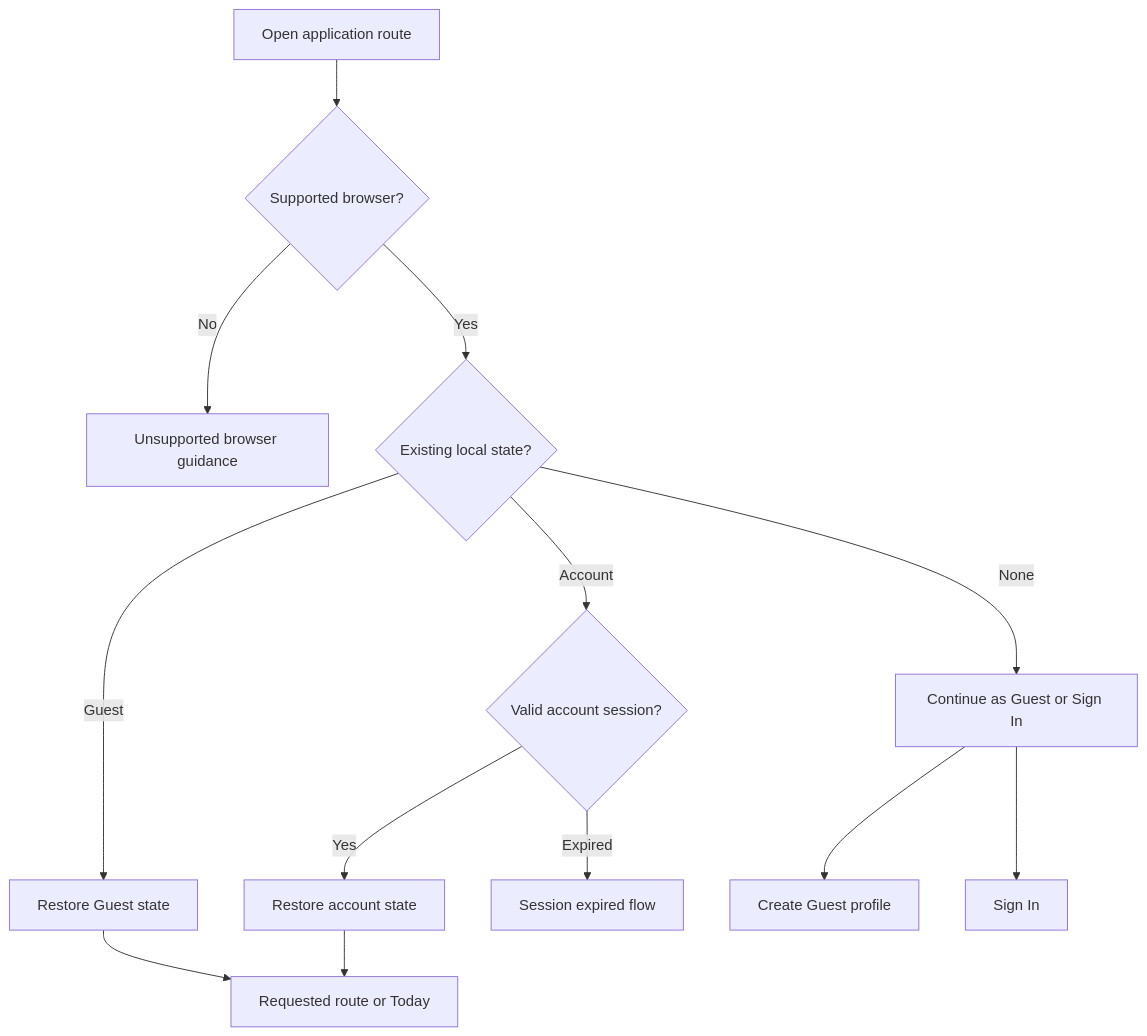
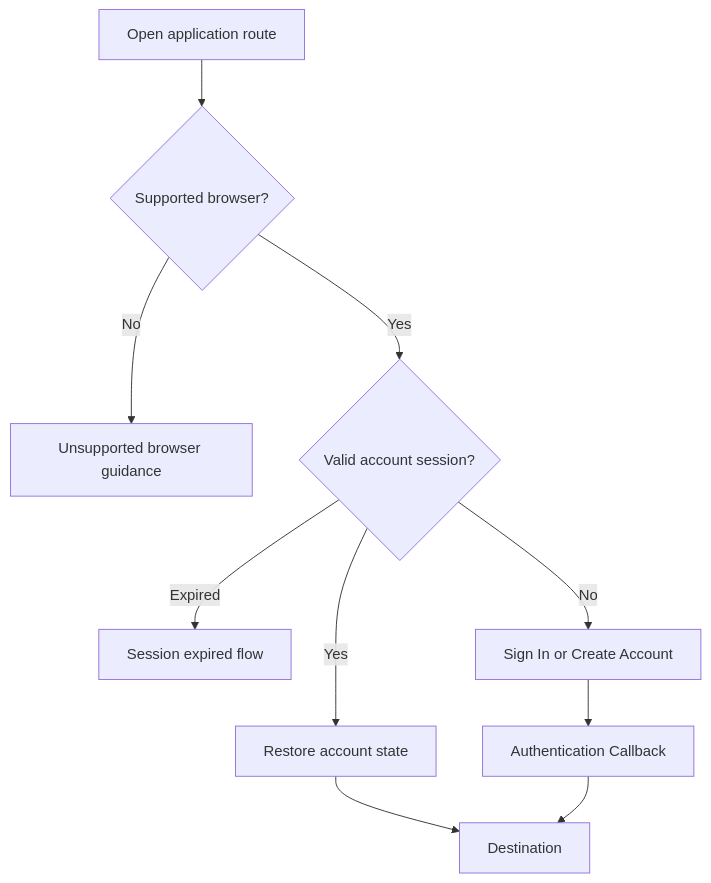
One commit to farzah14/recovery-first changed the fourth of 19 diagrams in docs/specs/UX-FLOWS.md. Above: the diagram before and after it, drawn with Mermaid. The commit also changed other lines of this file and 9 other files, not shown here.

````diff
--- a/docs/specs/UX-FLOWS.md
+++ b/docs/specs/UX-FLOWS.md
@@ -548,15 +546,12 @@
 ```mermaid
 flowchart TD
     Visit[Open application route] --> Support{Supported browser?}
     Support -- No --> Unsupported[Unsupported browser guidance]
-    Support -- Yes --> Local{Existing local state?}
-    Local -- Guest --> RestoreGuest[Restore Guest state]
-    Local -- Account --> Session{Valid account session?}
-    Local -- None --> Choice[Continue as Guest or Sign In]
+    Support -- Yes --> Session{Valid account session?}
     Session -- Yes --> RestoreAccount[Restore account state]
     Session -- Expired --> Reauth[Session expired flow]
-    RestoreGuest --> Destination[Requested route or Today]
     RestoreAccount --> Destination
-    Choice --> GuestStart[Create Guest profile]
-    Choice --> SignIn[Sign In]
+    Session -- No --> SignIn[Sign In or Create Account]
+    SignIn --> Callback[Authentication Callback]
+    Callback --> Destination
 ```
````
